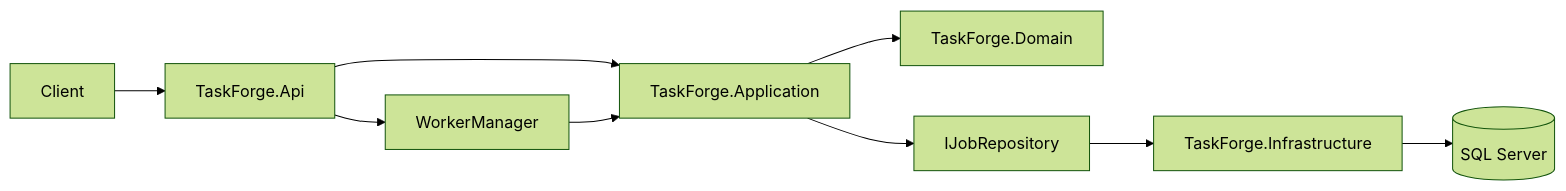
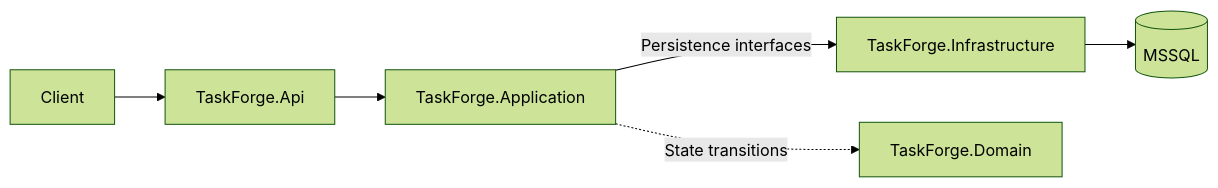
One commit to Arvence/TaskForge changed the first of 2 diagrams in README.md. Above: the diagram before and after it, drawn with Mermaid (forest theme). The commit also changed other lines of this file and 1 other file, not shown here.

````diff
--- a/README.md
+++ b/README.md
@@ -29,11 +19,8 @@
 ```mermaid
 flowchart LR
-    Client --> API[TaskForge.Api]
-    API --> App[TaskForge.Application]
-    API --> WorkerManager
-    WorkerManager --> App
-    App --> Domain[TaskForge.Domain]
-    App --> Repository[IJobRepository]
-    Repository --> Infrastructure[TaskForge.Infrastructure]
-    Infrastructure --> DB[(SQL Server)]
+    Client --> API["TaskForge.Api"]
+    API --> App["TaskForge.Application"]
+    App -->|Persistence interfaces| Infra["TaskForge.Infrastructure"]
+    Infra --> DB[("MSSQL")]
+    App -.->|State transitions| Domain["TaskForge.Domain"]
 ```
````
